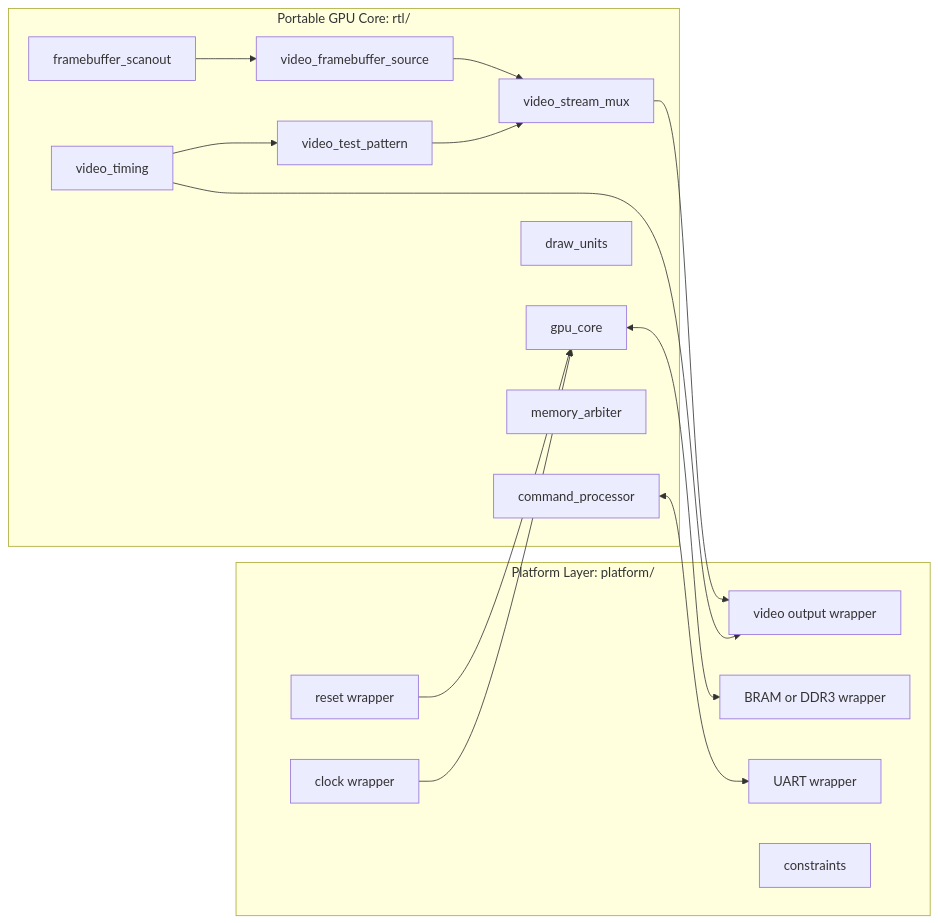
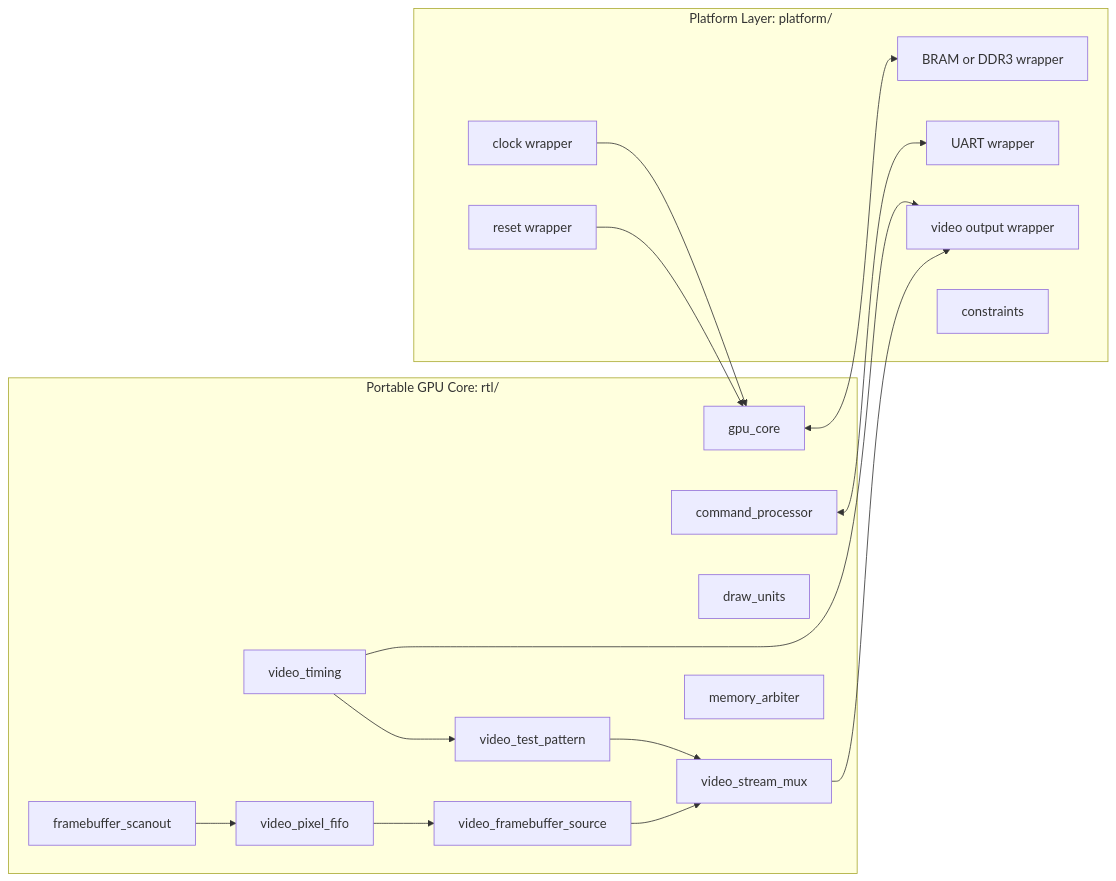
One commit to amanpdesai/baby-gpu changed the diagram in docs/architecture/design_boundaries.md. Above: the diagram before and after it, drawn with Mermaid. The commit also changed 11 other files, not shown here.

Commit message:
rtl: add video pixel fifo

````diff
--- a/docs/architecture/design_boundaries.md
+++ b/docs/architecture/design_boundaries.md
@@ -8,34 +8,36 @@
 ```mermaid
 flowchart LR
   subgraph Portable["Portable GPU Core: rtl/"]
     Core[gpu_core]
     Cmd[command_processor]
     Draw[draw_units]
     Scan[framebuffer_scanout]
     Timing[video_timing]
     Pattern[video_test_pattern]
+    PixelFifo[video_pixel_fifo]
     FbSource[video_framebuffer_source]
     Mux[video_stream_mux]
     Arb[memory_arbiter]
   end
 
   subgraph Platform["Platform Layer: platform/"]
     Clk[clock wrapper]
     Rst[reset wrapper]
     Vid[video output wrapper]
     Mem[BRAM or DDR3 wrapper]
     Uart[UART wrapper]
     Pins[constraints]
   end
 
   Core <--> Mem
   Timing --> Vid
   Timing --> Pattern
   Pattern --> Mux
-  Scan --> FbSource
+  Scan --> PixelFifo
+  PixelFifo --> FbSource
   FbSource --> Mux
   Mux --> Vid
   Cmd <--> Uart
   Clk --> Core
   Rst --> Core
 ```
````
